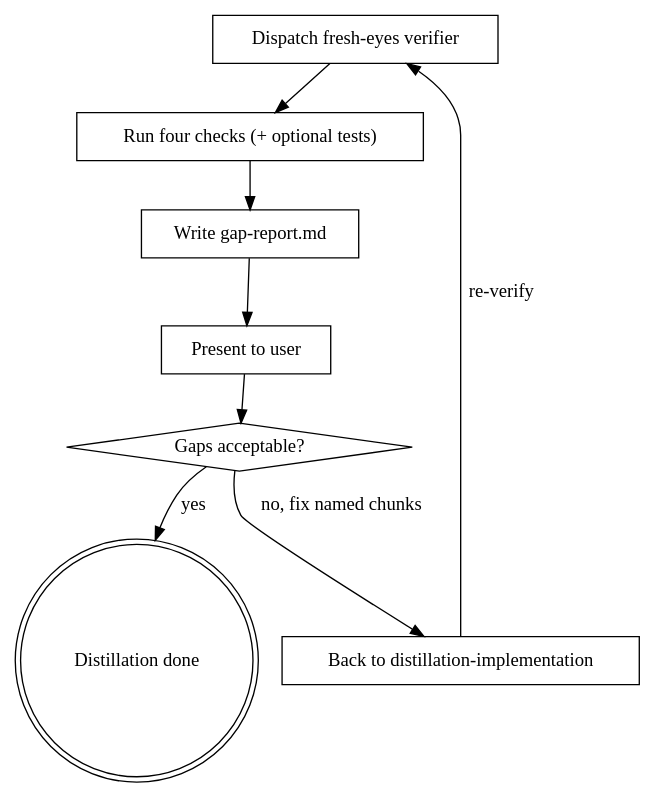
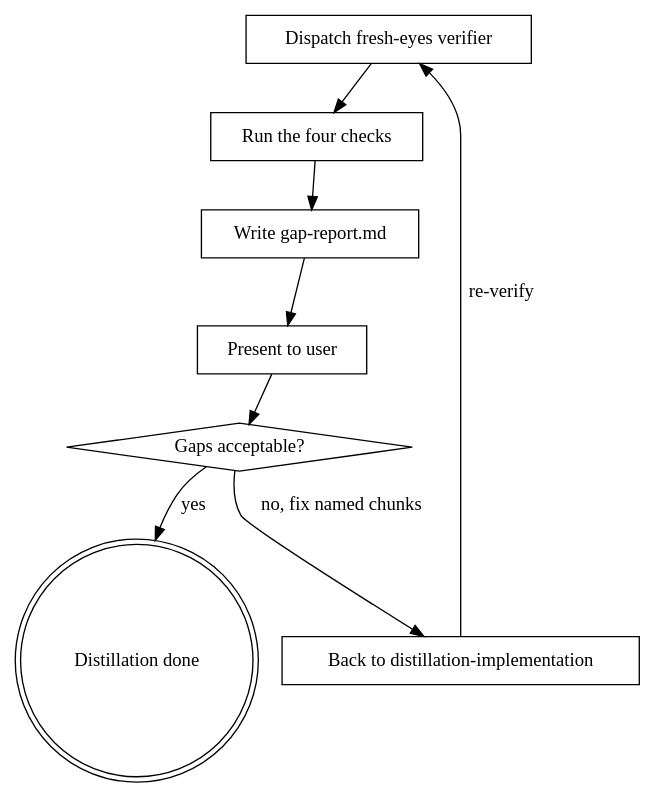
One commit to duongnghia222/code-distilling changed the diagram in skills/gap-report/SKILL.md. Above: the diagram before and after it, drawn with Graphviz. The commit also changed other lines of this file and 13 other files, not shown here.

````diff
--- a/skills/gap-report/SKILL.md
+++ b/skills/gap-report/SKILL.md
@@ -28,19 +27,19 @@
 ```dot
 digraph gap_report {
     "Dispatch fresh-eyes verifier" [shape=box];
-    "Run four checks (+ optional tests)" [shape=box];
+    "Run the four checks" [shape=box];
     "Write gap-report.md" [shape=box];
     "Present to user" [shape=box];
     "Gaps acceptable?" [shape=diamond];
     "Back to distillation-implementation" [shape=box];
     "Distillation done" [shape=doublecircle];
 
-    "Dispatch fresh-eyes verifier" -> "Run four checks (+ optional tests)";
-    "Run four checks (+ optional tests)" -> "Write gap-report.md";
+    "Dispatch fresh-eyes verifier" -> "Run the four checks";
+    "Run the four checks" -> "Write gap-report.md";
     "Write gap-report.md" -> "Present to user";
     "Present to user" -> "Gaps acceptable?";
     "Gaps acceptable?" -> "Back to distillation-implementation" [label="no, fix named chunks"];
     "Back to distillation-implementation" -> "Dispatch fresh-eyes verifier" [label="re-verify"];
     "Gaps acceptable?" -> "Distillation done" [label="yes"];
 }
 ```
````
